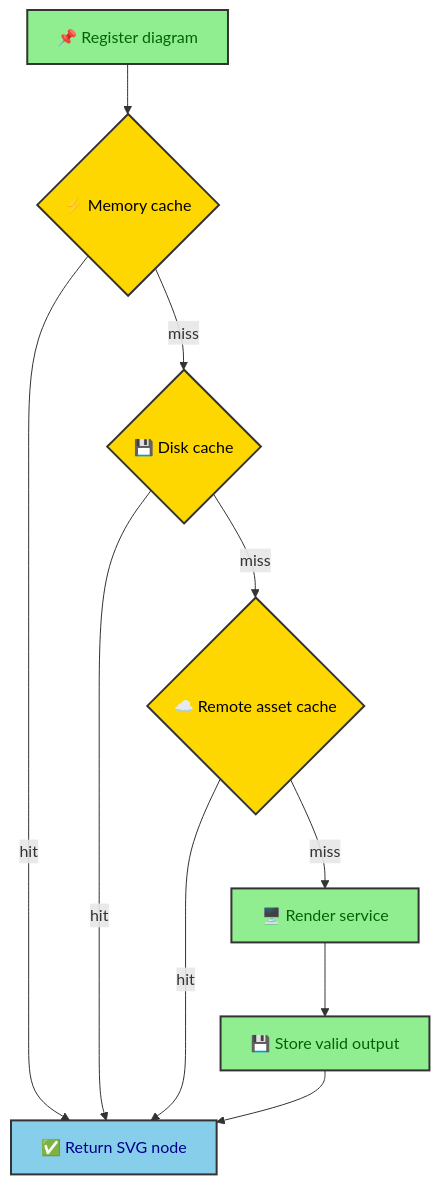
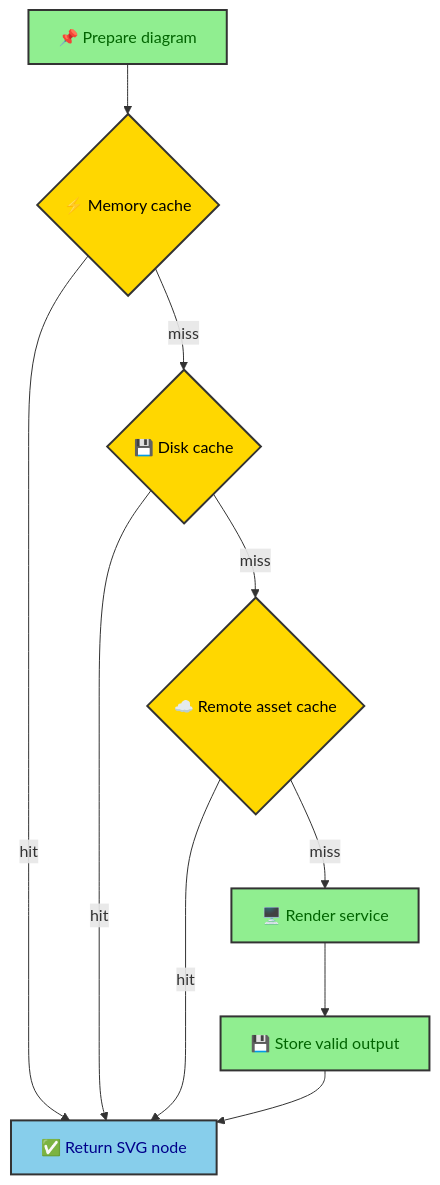
One commit to duranalberto/albertoduran changed the diagram in src/thejournal/building_albertoduran/mermaid/pipeline.mdx. Above: the diagram before and after it, drawn with Mermaid. The commit also changed other lines of this file and 50 other files, not shown here.

````diff
--- a/src/thejournal/building_albertoduran/mermaid/pipeline.mdx
+++ b/src/thejournal/building_albertoduran/mermaid/pipeline.mdx
@@ -35,20 +35,20 @@
 ```mermaid
 flowchart TD
-    Register[📌 Register diagram] --> Memory{⚡ Memory cache}
+    Register[📌 Prepare diagram] --> Memory{⚡ Memory cache}
     Memory -->|hit| Return[✅ Return SVG node]
     Memory -->|miss| Disk{💾 Disk cache}
     Disk -->|hit| Return
     Disk -->|miss| Remote{☁️ Remote asset cache}
     Remote -->|hit| Return
     Remote -->|miss| Render[🖥️ Render service]
     Render --> Store[💾 Store valid output]
     Store --> Return
 
     classDef process fill:#90EE90,stroke:#333,stroke-width:2px,color:darkgreen
     classDef decision fill:#FFD700,stroke:#333,stroke-width:2px,color:black
     classDef output fill:#87CEEB,stroke:#333,stroke-width:2px,color:darkblue
 
     class Register,Render,Store process
     class Memory,Disk,Remote decision
     class Return output
 ```
````
